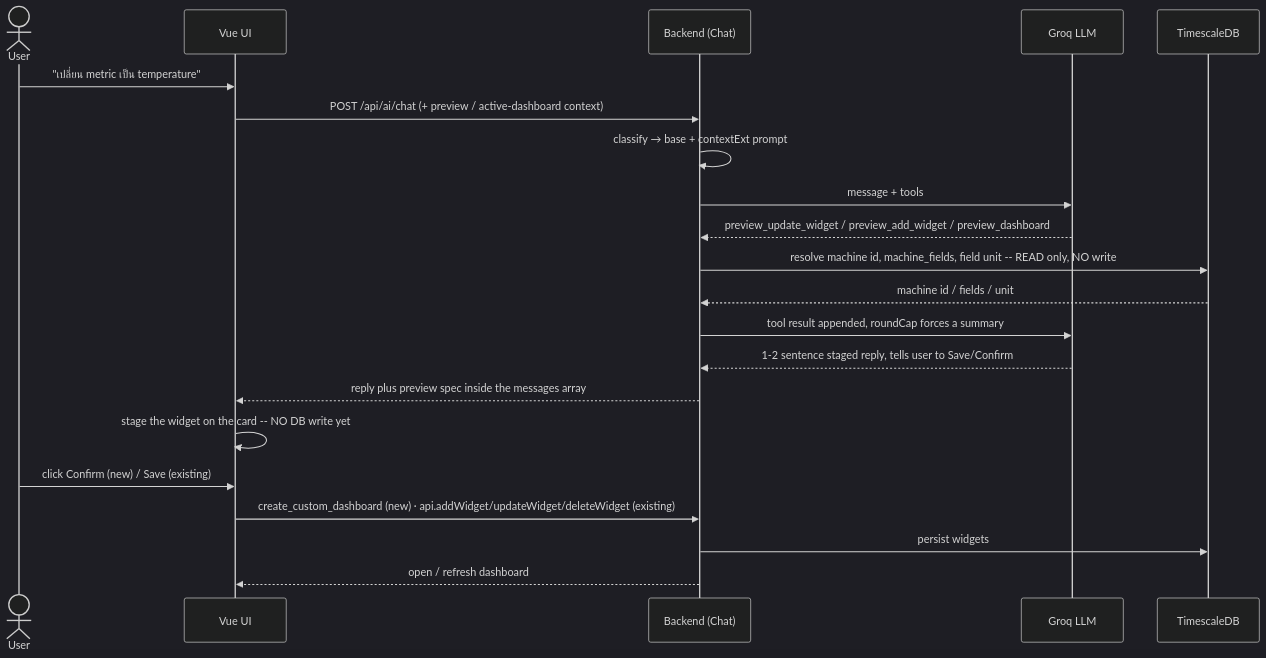
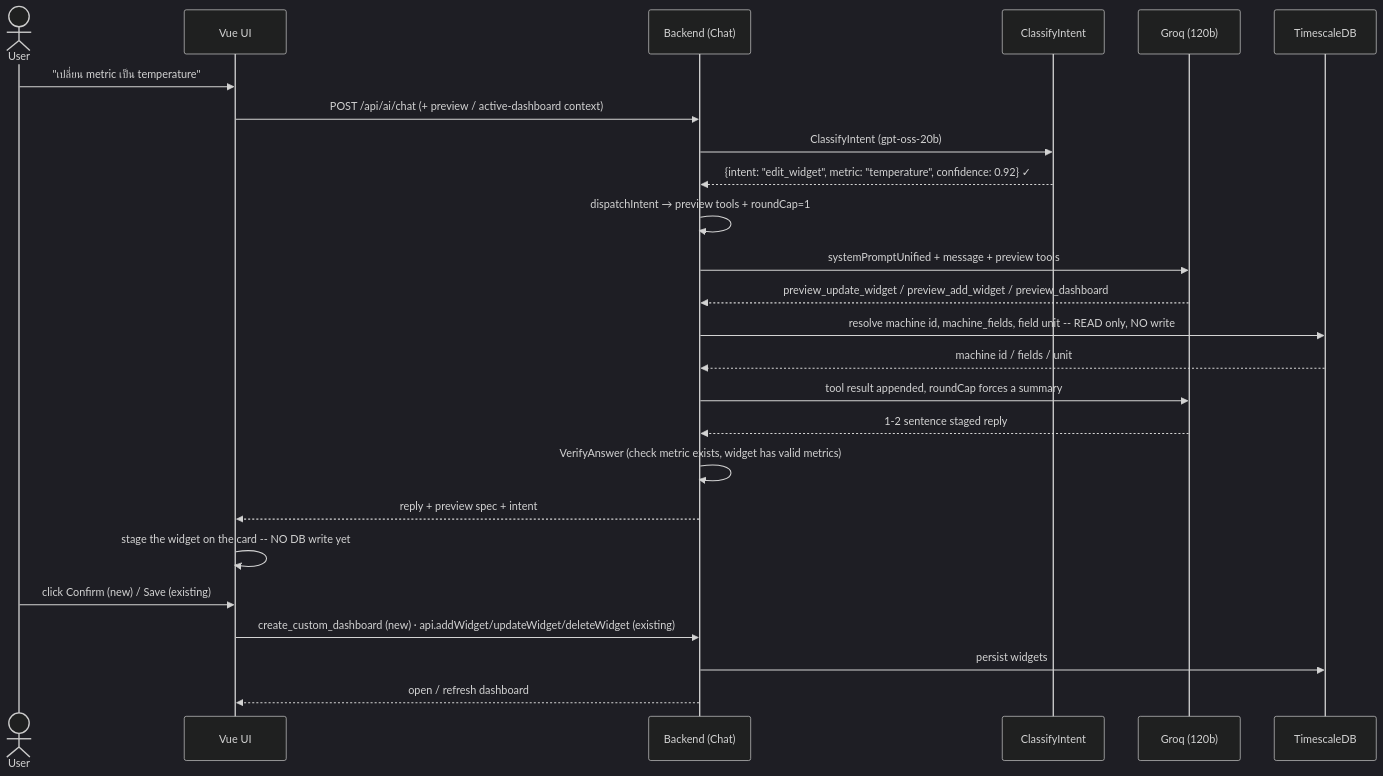
The fifth of 6 diagrams in docs/AI_ARCHITECTURE.md (pepegummo/Project-Dashboard), drawn with Mermaid (dark theme) before and after one commit. The commit also changed other lines of this file and 1 other file, not shown here.

First line of the commit message:
docs(ai): update for shipped router architecture (Phase 2-5)

````diff
--- a/docs/AI_ARCHITECTURE.md
+++ b/docs/AI_ARCHITECTURE.md
@@ -335,24 +336,28 @@
 ```mermaid
 sequenceDiagram
     actor User
     participant UI as Vue UI
     participant BE as Backend (Chat)
-    participant LLM as Groq LLM
+    participant Router as ClassifyIntent
+    participant LLM as Groq (120b)
     participant DB as TimescaleDB
 
     User->>UI: "เปลี่ยน metric เป็น temperature"
     UI->>BE: POST /api/ai/chat (+ preview / active-dashboard context)
-    BE->>BE: classify → base + contextExt prompt
-    BE->>LLM: message + tools
+    BE->>Router: ClassifyIntent (gpt-oss-20b)
+    Router-->>BE: {intent: "edit_widget", metric: "temperature", confidence: 0.92} ✓
+    BE->>BE: dispatchIntent → preview tools + roundCap=1
+    BE->>LLM: systemPromptUnified + message + preview tools
     LLM-->>BE: preview_update_widget / preview_add_widget / preview_dashboard
     BE->>DB: resolve machine id, machine_fields, field unit -- READ only, NO write
     DB-->>BE: machine id / fields / unit
     BE->>LLM: tool result appended, roundCap forces a summary
-    LLM-->>BE: 1-2 sentence staged reply, tells user to Save/Confirm
-    BE-->>UI: reply plus preview spec inside the messages array
+    LLM-->>BE: 1-2 sentence staged reply
+    BE->>BE: VerifyAnswer (check metric exists, widget has valid metrics)
+    BE-->>UI: reply + preview spec + intent
     UI->>UI: stage the widget on the card -- NO DB write yet
     User->>UI: click Confirm (new) / Save (existing)
     UI->>BE: create_custom_dashboard (new)  ·  api.addWidget/updateWidget/deleteWidget (existing)
     BE->>DB: persist widgets
     BE-->>UI: open / refresh dashboard
 ```
````
